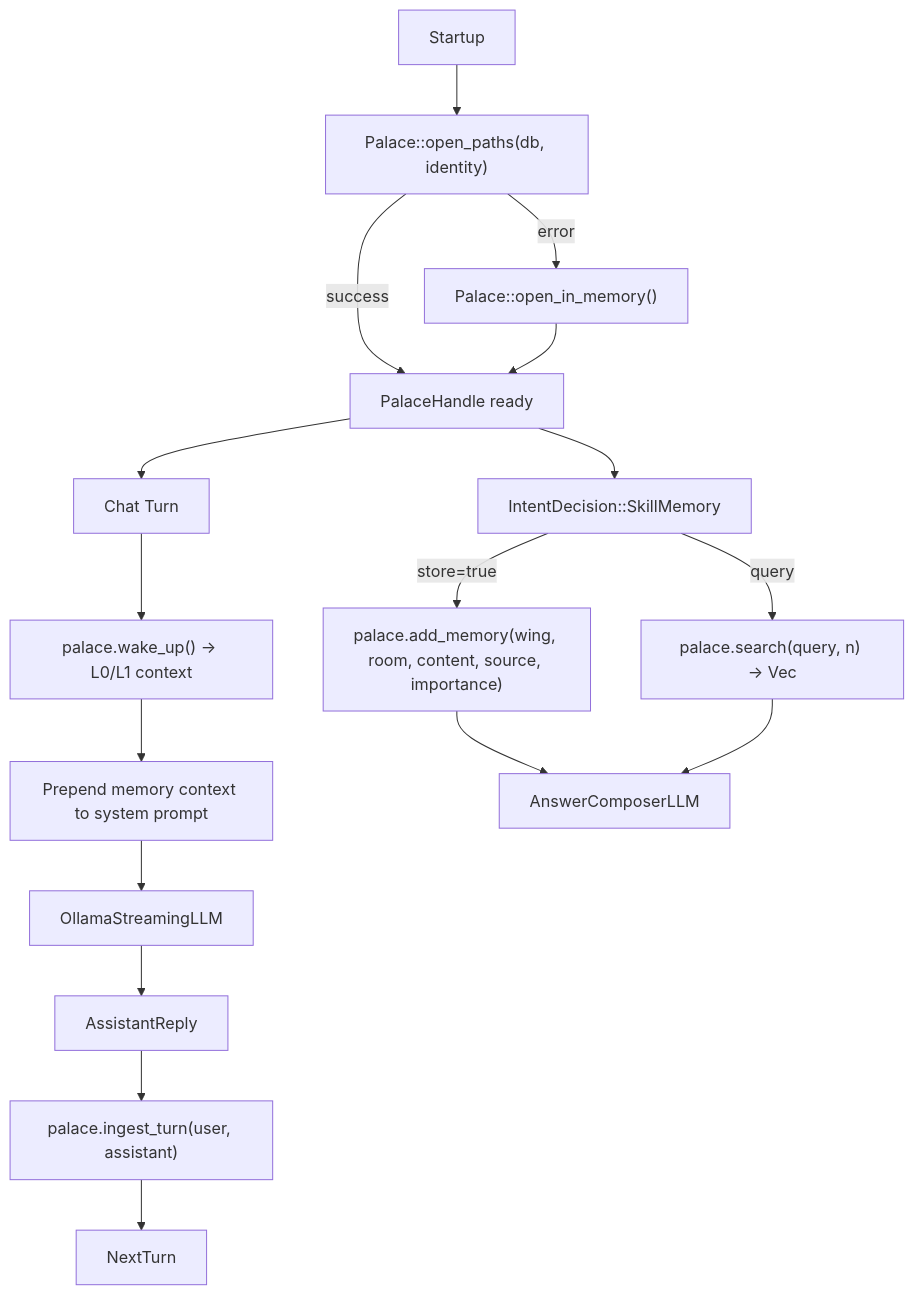
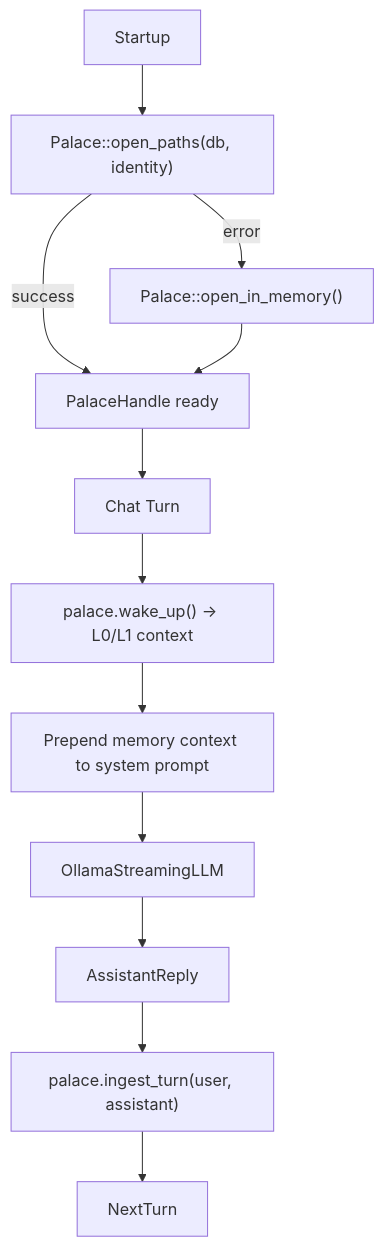
One commit to AncientiCe/aice changed the seventh of 16 diagrams in docs/architecture/README.md. Above: the diagram before and after it, drawn with Mermaid. The commit also changed other lines of this file and 23 other files, not shown here.

````diff
--- a/docs/architecture/README.md
+++ b/docs/architecture/README.md
@@ -198,21 +192,15 @@
 ```mermaid
 flowchart TD
     Startup[Startup] --> OpenPalace["Palace::open_paths(db, identity)"]
     OpenPalace -->|success| Ready[PalaceHandle ready]
     OpenPalace -->|error| Fallback["Palace::open_in_memory()"]
     Fallback --> Ready
 
     Ready --> ChatTurn[Chat Turn]
     ChatTurn --> WakeUp["palace.wake_up() → L0/L1 context"]
     WakeUp --> EnrichPrompt["Prepend memory context to system prompt"]
     EnrichPrompt --> LLM[OllamaStreamingLLM]
     LLM --> Reply[AssistantReply]
     Reply --> Ingest["palace.ingest_turn(user, assistant)"]
     Ingest --> NextTurn[NextTurn]
-
-    Ready --> MemoryIntent["IntentDecision::SkillMemory"]
-    MemoryIntent -->|store=true| AddMemory["palace.add_memory(wing, room, content, source, importance)"]
-    MemoryIntent -->|query| Search["palace.search(query, n) → Vec<SearchResult>"]
-    AddMemory --> Compose[AnswerComposerLLM]
-    Search --> Compose
 ```
````
